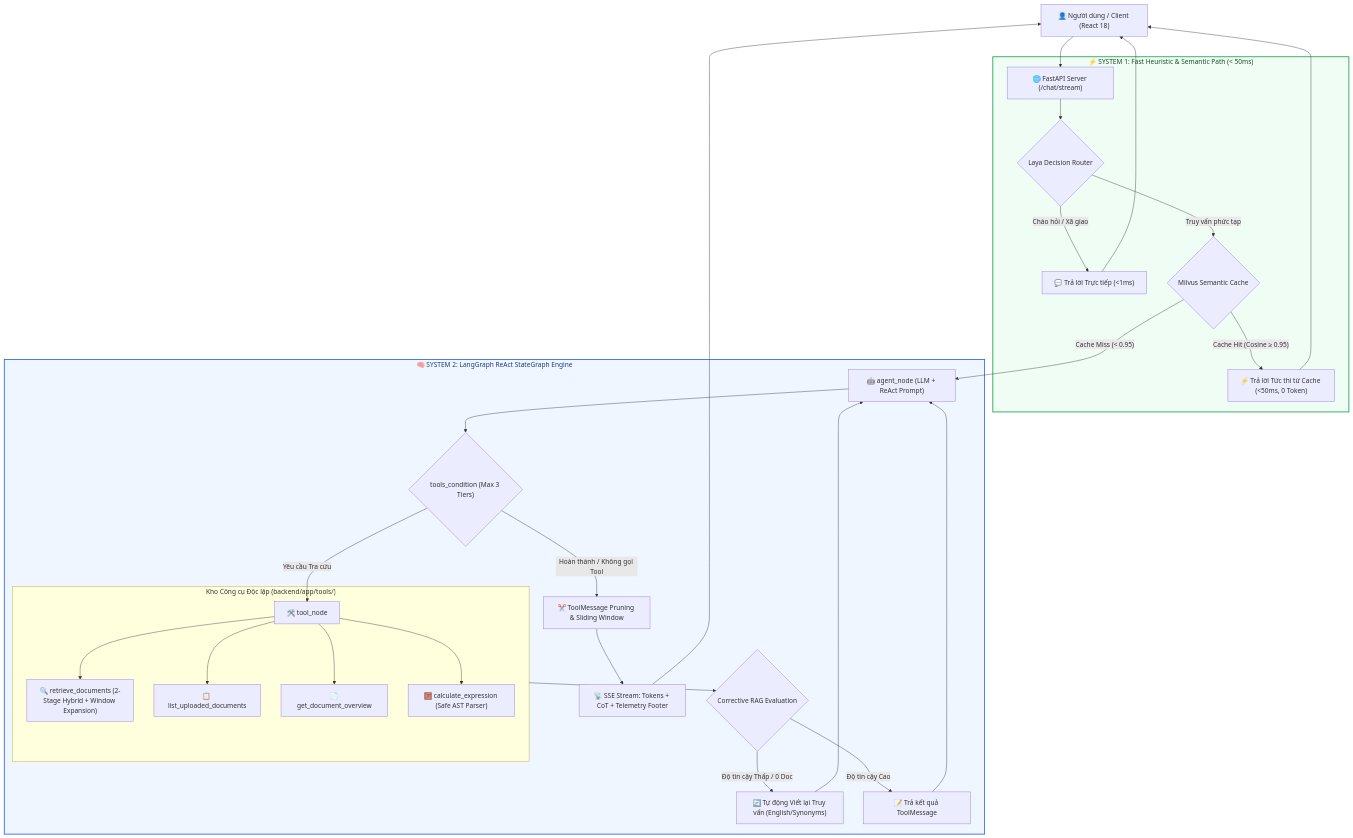
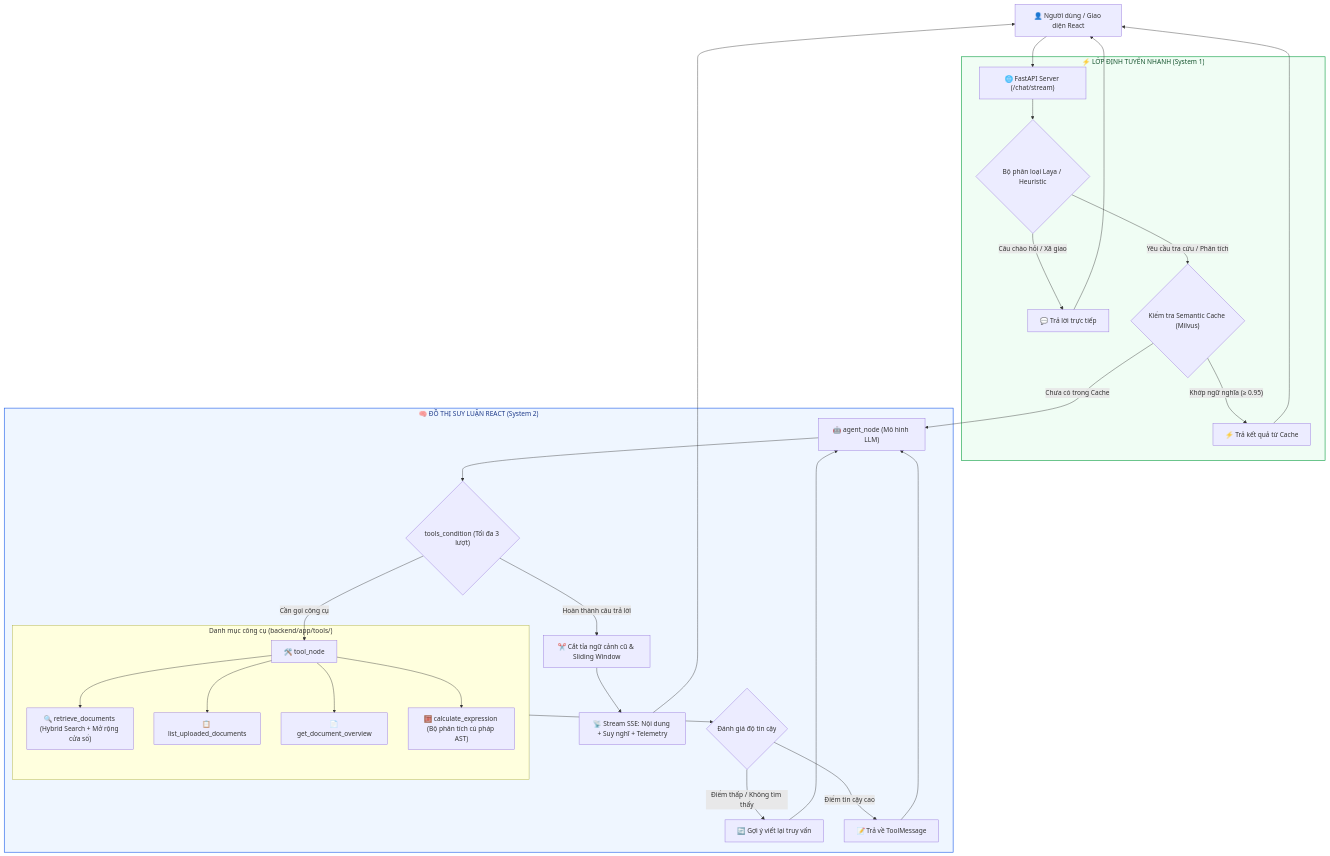
One commit to NguyenVietNguyen2612/ai_documents_assistant changed the first of 2 diagrams in README.md. Above: the diagram before and after it, drawn with Mermaid. The commit also changed other lines of this file, not shown here.

````diff
--- a/README.md
+++ b/README.md
@@ -59,42 +65,42 @@
 ```mermaid
 flowchart TD
-    User["👤 Người dùng / Client (React 18)"] --> API["🌐 FastAPI Server (/chat/stream)"]
+    User["👤 Người dùng / Giao diện React"] --> API["🌐 FastAPI Server (/chat/stream)"]
 
-    subgraph System1 ["⚡ SYSTEM 1: Fast Heuristic & Semantic Path (< 50ms)"]
-        API --> S1_Router{"Laya Decision Router"}
-        S1_Router -- "Chào hỏi / Xã giao" --> S1_Direct["💬 Trả lời Trực tiếp (<1ms)"]
-        S1_Router -- "Truy vấn phức tạp" --> S1_Cache{"Milvus Semantic Cache"}
-        S1_Cache -- "Cache Hit (Cosine ≥ 0.95)" --> S1_CacheHit["⚡ Trả lời Tức thì từ Cache (<50ms, 0 Token)"]
+    subgraph System1 ["⚡ LỚP ĐỊNH TUYẾN NHANH (System 1)"]
+        API --> S1_Router{"Bộ phân loại Laya / Heuristic"}
+        S1_Router -- "Câu chào hỏi / Xã giao" --> S1_Direct["💬 Trả lời trực tiếp"]
+        S1_Router -- "Yêu cầu tra cứu / Phân tích" --> S1_Cache{"Kiểm tra Semantic Cache (Milvus)"}
+        S1_Cache -- "Khớp ngữ nghĩa (≥ 0.95)" --> S1_CacheHit["⚡ Trả kết quả từ Cache"]
     end
 
-    subgraph System2 ["🧠 SYSTEM 2: LangGraph ReAct StateGraph Engine"]
-        S1_Cache -- "Cache Miss (< 0.95)" --> AgentNode["🤖 agent_node (LLM + ReAct Prompt)"]
+    subgraph System2 ["🧠 ĐỒ THỊ SUY LUẬN REACT (System 2)"]
+        S1_Cache -- "Chưa có trong Cache" --> AgentNode["🤖 agent_node (Mô hình LLM)"]
         
-        AgentNode --> ToolCond{"tools_condition (Max 3 Tiers)"}
+        AgentNode --> ToolCond{"tools_condition (Tối đa 3 lượt)"}
         
-        ToolCond -- "Yêu cầu Tra cứu" --> ToolNode["🛠️ tool_node"]
+        ToolCond -- "Cần gọi công cụ" --> ToolNode["🛠️ tool_node"]
         
-        subgraph ToolsCatalog ["Kho Công cụ Độc lập (backend/app/tools/)"]
-            ToolNode --> T1["🔍 retrieve_documents (2-Stage Hybrid + Window Expansion)"]
+        subgraph ToolsCatalog ["Danh mục công cụ (backend/app/tools/)"]
+            ToolNode --> T1["🔍 retrieve_documents (Hybrid Search + Mở rộng cửa sổ)"]
             ToolNode --> T2["📋 list_uploaded_documents"]
             ToolNode --> T3["📄 get_document_overview"]
-            ToolNode --> T4["🧮 calculate_expression (Safe AST Parser)"]
+            ToolNode --> T4["🧮 calculate_expression (Bộ phân tích cú pháp AST)"]
         end
 
-        ToolsCatalog --> CRAG_Eval{"Corrective RAG Evaluation"}
-        CRAG_Eval -- "Độ tin cậy Thấp / 0 Doc" --> QueryRewrite["🔄 Tự động Viết lại Truy vấn (English/Synonyms)"]
+        ToolsCatalog --> CRAG_Eval{"Đánh giá độ tin cậy"}
+        CRAG_Eval -- "Điểm thấp / Không tìm thấy" --> QueryRewrite["🔄 Gợi ý viết lại truy vấn"]
         QueryRewrite --> AgentNode
-        CRAG_Eval -- "Độ tin cậy Cao" --> ToolMsg["📝 Trả kết quả ToolMessage"]
+        CRAG_Eval -- "Điểm tin cậy cao" --> ToolMsg["📝 Trả về ToolMessage"]
         ToolMsg --> AgentNode
         
-        ToolCond -- "Hoàn thành / Không gọi Tool" --> Pruner["✂️ ToolMessage Pruning & Sliding Window"]
-        Pruner --> FinalStream["📡 SSE Stream: Tokens + CoT + Telemetry Footer"]
+        ToolCond -- "Hoàn thành câu trả lời" --> Pruner["✂️ Cắt tỉa ngữ cảnh cũ & Sliding Window"]
+        Pruner --> FinalStream["📡 Stream SSE: Nội dung + Suy nghĩ + Telemetry"]
     end
 
     FinalStream --> User
     S1_Direct --> User
     S1_CacheHit --> User
 
-    style System1 fill:#f0fdf4,stroke:#16a34a,stroke-width:2px,color:#14532d
-    style System2 fill:#eff6ff,stroke:#2563eb,stroke-width:2px,color:#1e3a8a
+    style System1 fill:#f0fdf4,stroke:#16a34a,stroke-width:1.5px,color:#14532d
+    style System2 fill:#eff6ff,stroke:#2563eb,stroke-width:1.5px,color:#1e3a8a
 ```
````
